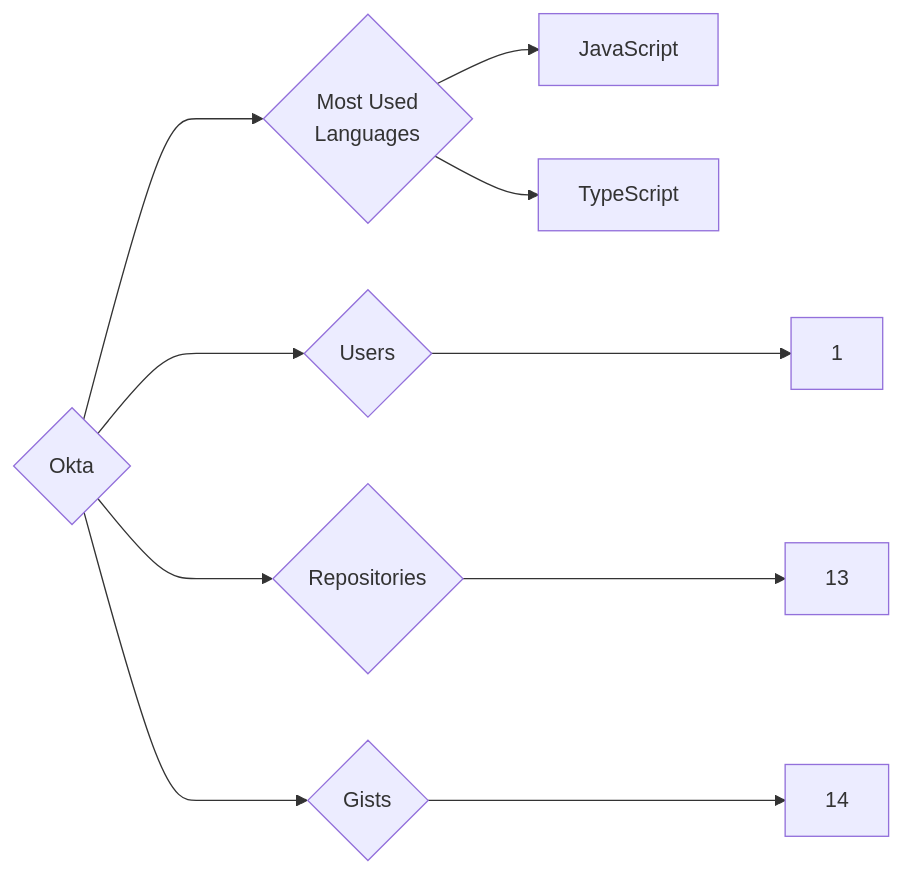
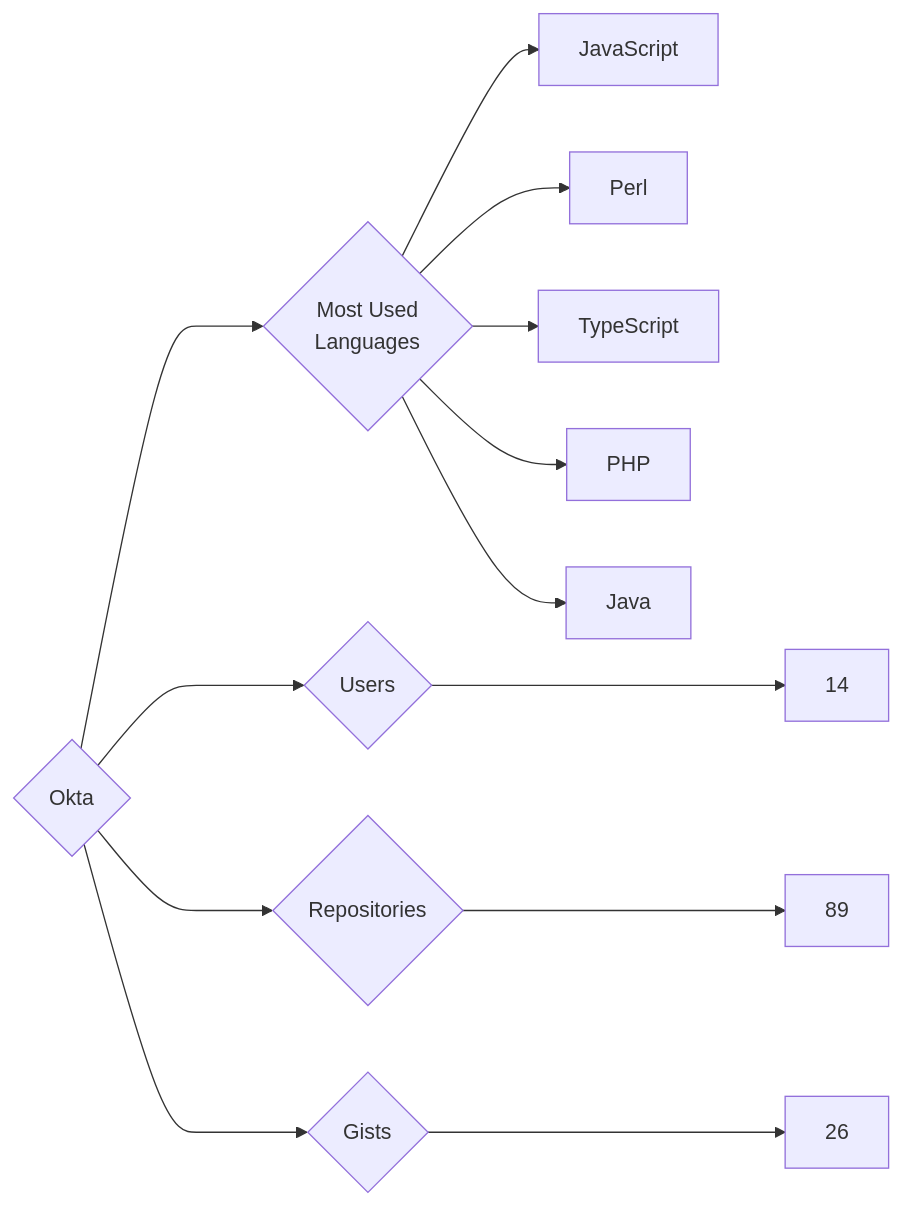
The diagram in targets/Okta/README.md (trickest/insiders), drawn with Mermaid before and after one commit. The commit also changed 1696 other files, not shown here.

````diff
--- a/targets/Okta/README.md
+++ b/targets/Okta/README.md
@@ -3,10 +3,13 @@
 ```mermaid
 graph LR
 COMPANY_NAME{Okta}
-COMPANY_NAME ---> U{Users} ---> UN[1]
-COMPANY_NAME ---> R{Repositories} ---> RN[13]
-COMPANY_NAME ---> G{Gists} ---> GN[14]
+COMPANY_NAME ---> U{Users} ---> UN[14]
+COMPANY_NAME ---> R{Repositories} ---> RN[89]
+COMPANY_NAME ---> G{Gists} ---> GN[26]
 COMPANY_NAME ---> ML{Most Used<br>Languages}
 ML --> JavaScript[JavaScript]
+ML --> Perl[Perl]
 ML --> TypeScript[TypeScript]
+ML --> PHP[PHP]
+ML --> Java[Java]
 ```
````
